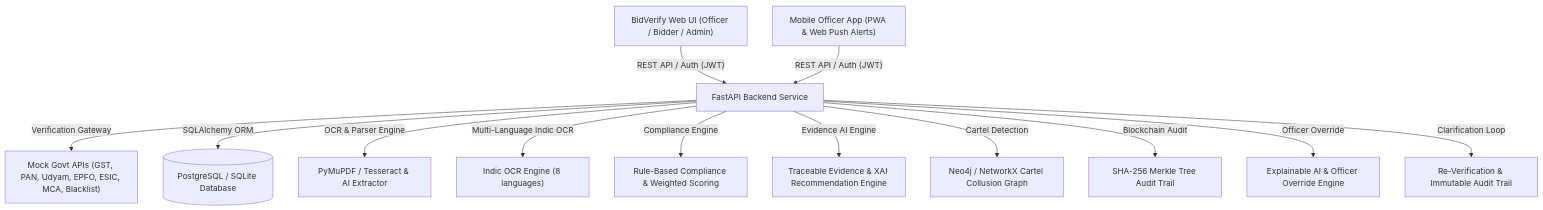
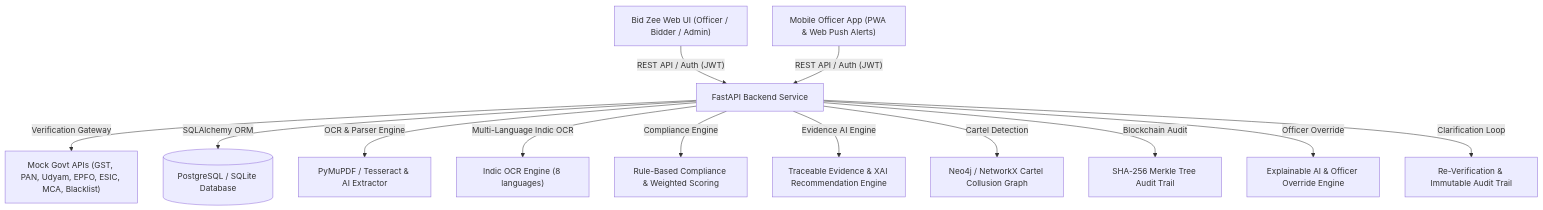
The diagram in README.md (Yogeshsingh123-LAB/-AI-Powered-Integrated-Bid-Compliance-Verification-Platform-for-GeM-Procurement), drawn with Mermaid before and after one commit. The commit also changed other lines of this file and 12 other files, not shown here.

Commit message:
feat: replace website logo asset and rebrand platform name to Bid Zee

````diff
--- a/README.md
+++ b/README.md
@@ -135,15 +135,15 @@
 ```mermaid
 flowchart TD
-    A["BidVerify Web UI (Officer / Bidder / Admin)"] -->|"REST API / Auth (JWT)"| B["FastAPI Backend Service"]
+    A["Bid Zee Web UI (Officer / Bidder / Admin)"] -->|"REST API / Auth (JWT)"| B["FastAPI Backend Service"]
     A2["Mobile Officer App (PWA & Web Push Alerts)"] -->|"REST API / Auth (JWT)"| B
     B -->|"Verification Gateway"| G["Mock Govt APIs (GST, PAN, Udyam, EPFO, ESIC, MCA, Blacklist)"]
     B -->|"SQLAlchemy ORM"| C[("PostgreSQL / SQLite Database")]
     B -->|"OCR & Parser Engine"| F["PyMuPDF / Tesseract & AI Extractor"]
     B -->|"Multi-Language Indic OCR"| F2["Indic OCR Engine (8 languages)"]
     B -->|"Compliance Engine"| H["Rule-Based Compliance & Weighted Scoring"]
     B -->|"Evidence AI Engine"| I["Traceable Evidence & XAI Recommendation Engine"]
     B -->|"Cartel Detection"| K["Neo4j / NetworkX Cartel Collusion Graph"]
     B -->|"Blockchain Audit"| L["SHA-256 Merkle Tree Audit Trail"]
     B -->|"Officer Override"| M["Explainable AI & Officer Override Engine"]
     B -->|"Clarification Loop"| J["Re-Verification & Immutable Audit Trail"]
 ```
````
